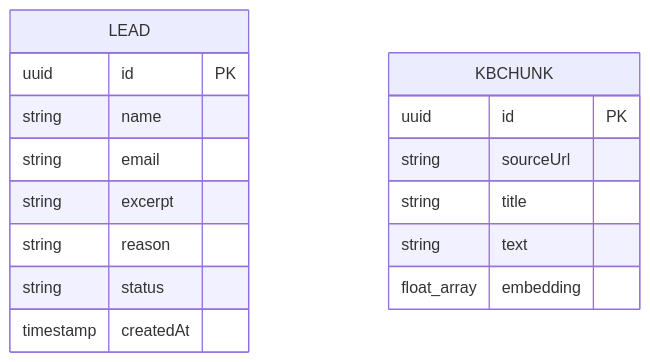
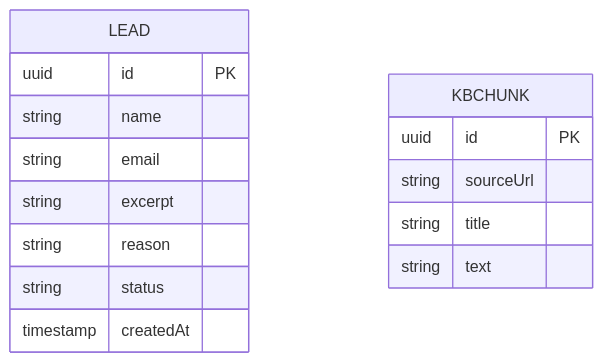
One commit to amartilianom/cadre-support-chatbot changed the diagram in docs/spec.md. Above: the diagram before and after it, drawn with Mermaid. The commit also changed other lines of this file and 3 other files, not shown here.

````diff
--- a/docs/spec.md
+++ b/docs/spec.md
@@ -302,19 +311,18 @@
 ```mermaid
 erDiagram
   LEAD {
     uuid id PK
     string name
     string email
     string excerpt
     string reason
     string status
     timestamp createdAt
   }
   KBCHUNK {
     uuid id PK
     string sourceUrl
     string title
     string text
-    float_array embedding
   }
 ```
````
